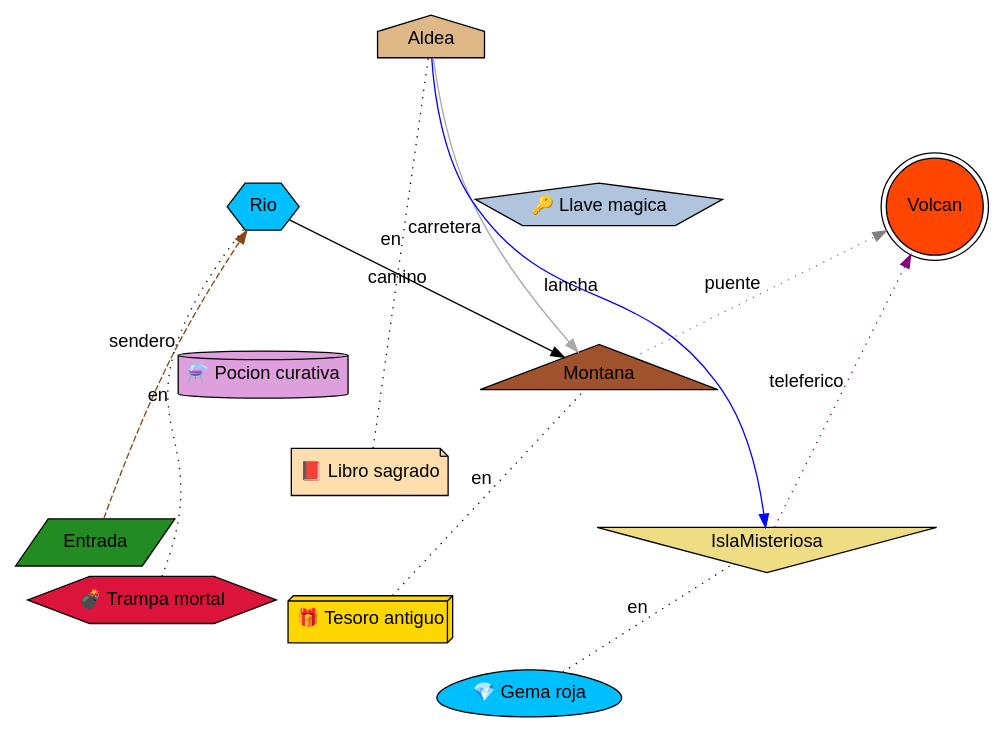
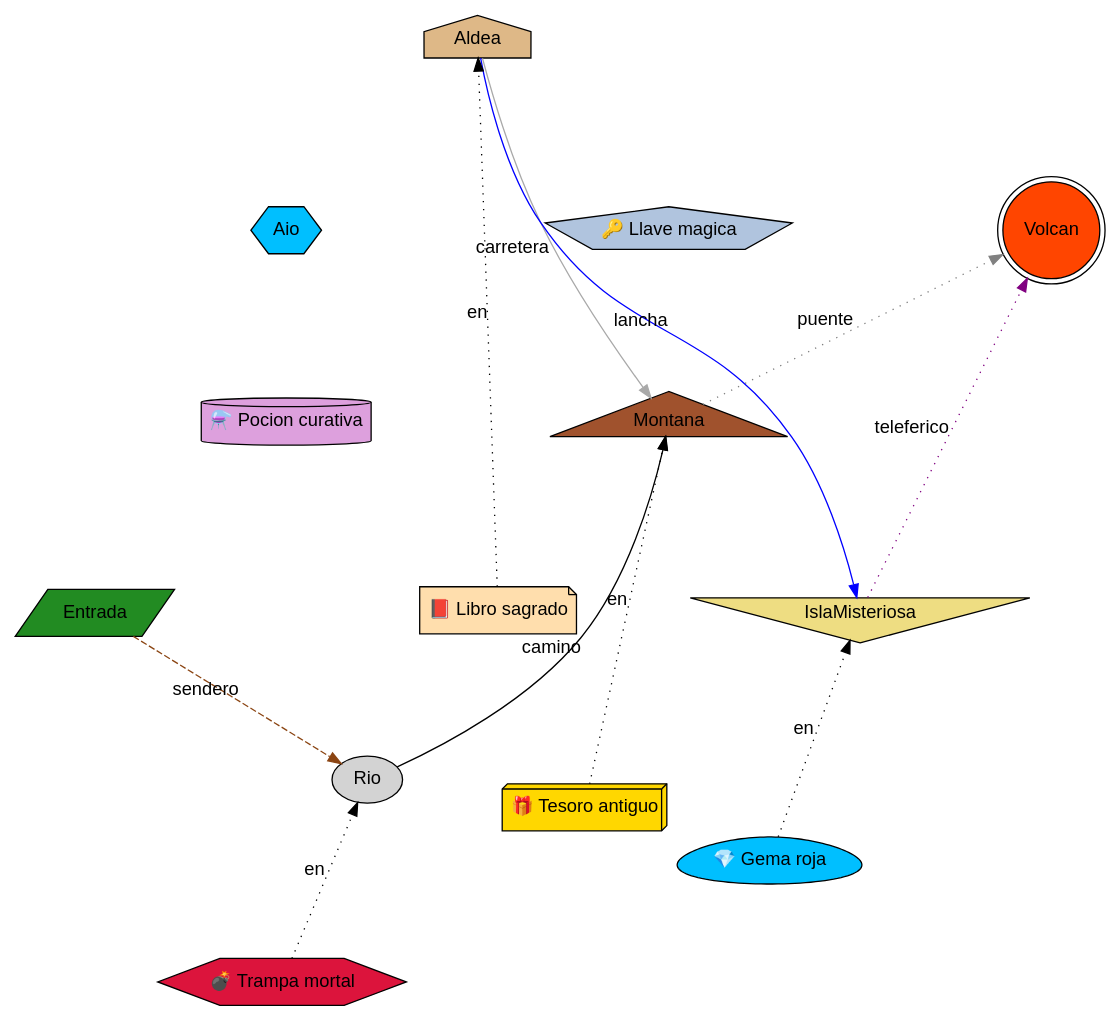
Before and after one commit to JoseArt777/-LFP-202100305-: the diagram in Proyecto2/Proyecto 2V2/Main/temp_Aventura_en_la_Jungla.dot, drawn with Graphviz. The commit also changed 8 other files, not shown here.

```diff
--- a/Proyecto2/Proyecto 2V2/Main/temp_Aventura_en_la_Jungla.dot
+++ b/Proyecto2/Proyecto 2V2/Main/temp_Aventura_en_la_Jungla.dot
@@ -1,36 +1,36 @@
 digraph "Aventura en la Jungla" {
   // Configuración general
   graph [layout=neato, splines=true, overlap=false, fontname="Arial"]; // permite uso de coordenadas
   node [fontname="Arial", style=filled];
   edge [fontname="Arial"];
 
   // Lugares
   "Entrada" [shape=parallelogram, fillcolor="forestgreen", label="Entrada", pos="0,0!"];
-  "Rio" [shape=hexagon, fillcolor="deepskyblue", label="Rio", pos="1,2!"];
+  "Aio" [shape=hexagon, fillcolor="deepskyblue", label="Aio", pos="1,2!"];
   "Montana" [shape=triangle, fillcolor="sienna", label="Montana", pos="3,1!"];
   "Volcan" [shape=doublecircle, fillcolor="orangered", label="Volcan", pos="5,2!"];
   "Aldea" [shape=house, fillcolor="burlywood", label="Aldea", pos="2,3!"];
   "IslaMisteriosa" [shape=invtriangle, fillcolor="lightgoldenrod", label="IslaMisteriosa", pos="4,0!"];
 
   // Objetos en coordenadas específicas
   "obj_Llave_magica" [shape=pentagon, fillcolor="lightsteelblue", label="🔑 Llave magica", pos="3,2!"];
   "obj_Pocion_curativa" [shape=cylinder, fillcolor="plum", label="⚗️ Pocion curativa", pos="1,1!"];
 
   // Objetos en lugares
   "obj_Tesoro_antiguo" [shape=box3d, fillcolor="gold", label="🎁 Tesoro antiguo"];
-  "obj_Tesoro_antiguo" -> "Montana" [label="en", dir=none, style=dotted];
+  "obj_Tesoro_antiguo" -> "Montana" [label="en", style=dotted, arrowhead=normal];
   "obj_Libro_sagrado" [shape=note, fillcolor="navajowhite", label="📕 Libro sagrado"];
-  "obj_Libro_sagrado" -> "Aldea" [label="en", dir=none, style=dotted];
+  "obj_Libro_sagrado" -> "Aldea" [label="en", style=dotted, arrowhead=normal];
   "obj_Trampa_mortal" [shape=hexagon, fillcolor="crimson", label="💣 Trampa mortal"];
-  "obj_Trampa_mortal" -> "Rio" [label="en", dir=none, style=dotted];
+  "obj_Trampa_mortal" -> "Rio" [label="en", style=dotted, arrowhead=normal];
   "obj_Gema_roja" [shape=egg, fillcolor="deepskyblue", label="💎 Gema roja"];
-  "obj_Gema_roja" -> "IslaMisteriosa" [label="en", dir=none, style=dotted];
+  "obj_Gema_roja" -> "IslaMisteriosa" [label="en", style=dotted, arrowhead=normal];
 
   // Conexiones entre lugares
   "Entrada" -> "Rio" [label="sendero", color="saddlebrown", style=dashed];
   "Rio" -> "Montana" [label="camino", color="black", style=solid];
   "Montana" -> "Volcan" [label="puente", color="gray", style=dotted];
   "Aldea" -> "Montana" [label="carretera", color="darkgray", style=solid];
   "Aldea" -> "IslaMisteriosa" [label="lancha", color="blue", style=solid];
   "IslaMisteriosa" -> "Volcan" [label="teleferico", color="purple", style=dotted];
 }
```
